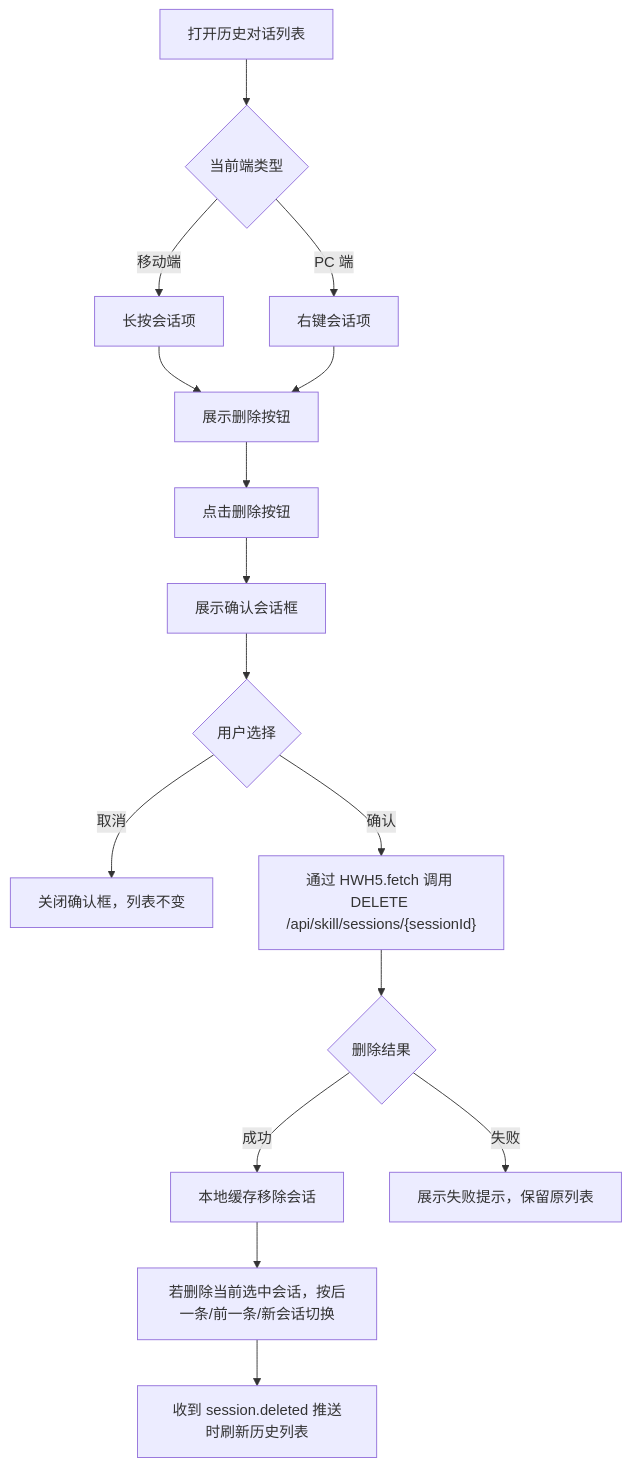
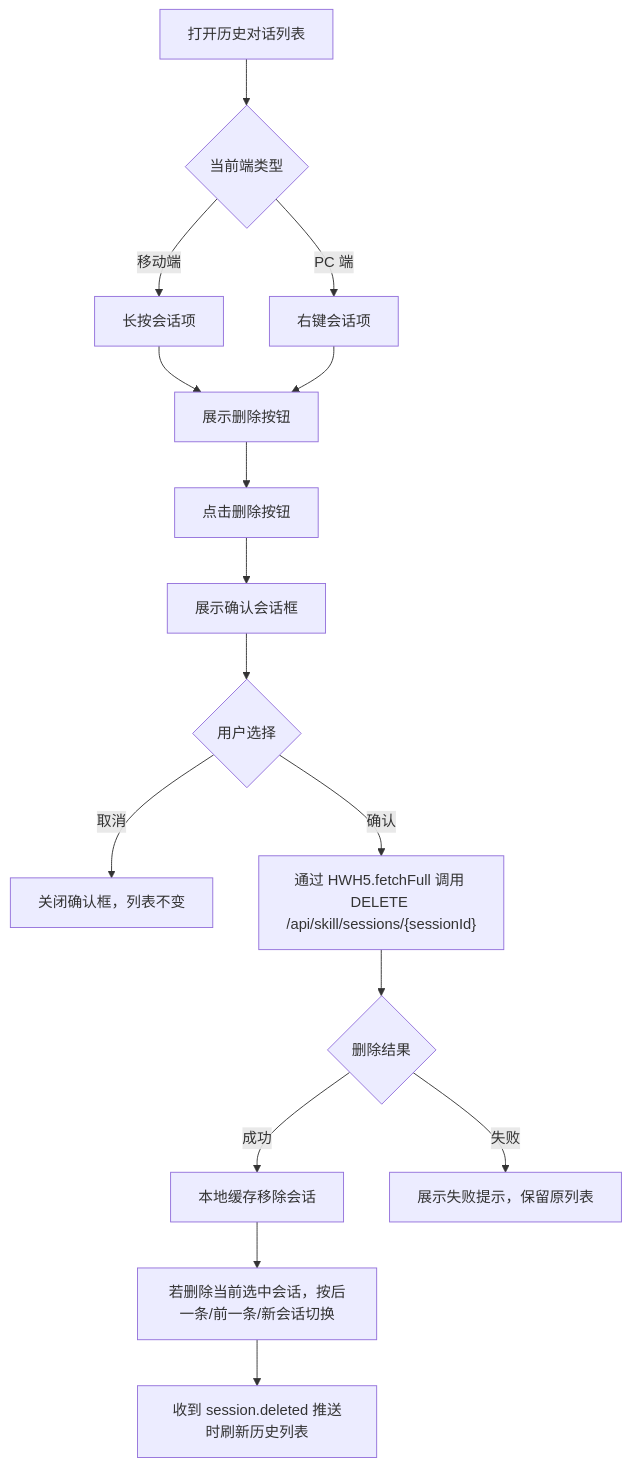
The first of 5 diagrams in ai-chat-viewer/docs/plans/2026-06-04-we-agent-history-session-delete-plan.md (Abelsjcheng/skillSDK), drawn with Mermaid before and after one commit. The commit also changed other lines of this file and 7 other files, not shown here.

Commit message:
fix(we-agent): use fetchFull for session delete

````diff
--- a/ai-chat-viewer/docs/plans/2026-06-04-we-agent-history-session-delete-plan.md
+++ b/ai-chat-viewer/docs/plans/2026-06-04-we-agent-history-session-delete-plan.md
@@ -36,18 +36,18 @@
 ```mermaid
 flowchart TD
     A["打开历史对话列表"] --> B{"当前端类型"}
     B -->|"移动端"| C["长按会话项"]
     B -->|"PC 端"| D["右键会话项"]
     C --> E["展示删除按钮"]
     D --> E
     E --> F["点击删除按钮"]
     F --> G["展示确认会话框"]
     G --> H{"用户选择"}
     H -->|"取消"| I["关闭确认框，列表不变"]
-    H -->|"确认"| J["通过 HWH5.fetch 调用 DELETE /api/skill/sessions/{sessionId}"]
+    H -->|"确认"| J["通过 HWH5.fetchFull 调用 DELETE /api/skill/sessions/{sessionId}"]
     J --> K{"删除结果"}
     K -->|"成功"| L["本地缓存移除会话"]
     L --> M["若删除当前选中会话，按后一条/前一条/新会话切换"]
     M --> N["收到 session.deleted 推送时刷新历史列表"]
     K -->|"失败"| O["展示失败提示，保留原列表"]
 ```
````
